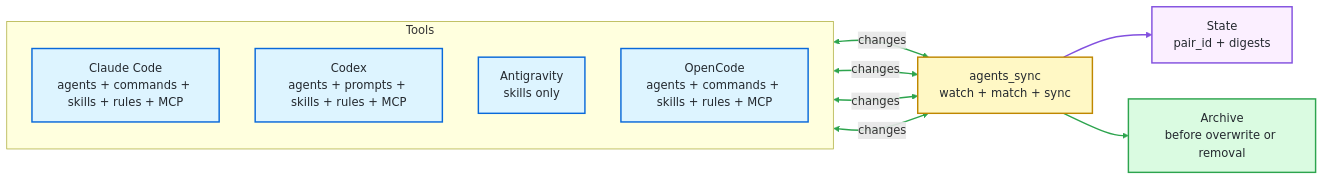
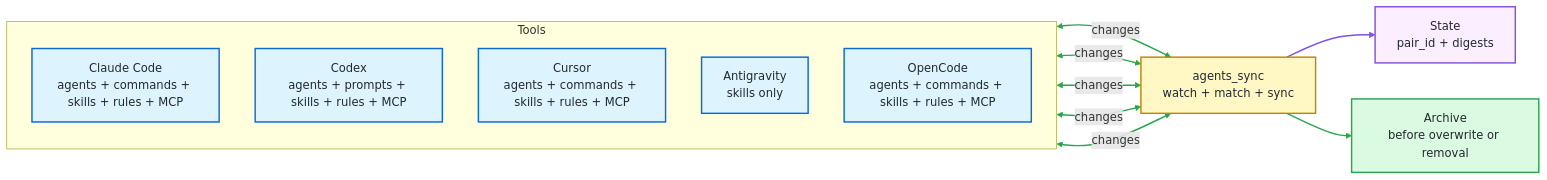
Before and after one commit to cognitivesand/agents_sync: the diagram in README.md, drawn with Mermaid. The commit also changed other lines of this file and 22 other files, not shown here.

Commit message:
feat(cursor): add user-level file surface sync

````diff
--- a/README.md
+++ b/README.md
@@ -67,35 +67,37 @@
 ```mermaid
 flowchart LR
     subgraph Tools["Tools"]
         direction TB
         Claude["Claude Code<br/>agents + commands + skills + rules + MCP"]
         Codex["Codex<br/>agents + prompts + skills + rules + MCP"]
+        Cursor["Cursor<br/>agents + commands + skills + rules + MCP"]
         Antigravity["Antigravity<br/>skills only"]
         Opencode["OpenCode<br/>agents + commands + skills + rules + MCP"]
     end
 
     Sync["agents_sync<br/>watch + match + sync"]
     State["State<br/>pair_id + digests"]
     Archive["Archive<br/>before overwrite or removal"]
 
     Claude <-->|changes| Sync
     Codex <-->|changes| Sync
+    Cursor <-->|changes| Sync
     Antigravity <-->|changes| Sync
     Opencode <-->|changes| Sync
     Sync --> State
     Sync --> Archive
 
     classDef side fill:#ddf4ff,stroke:#0969da,stroke-width:2px,color:#24292f
     classDef sync fill:#fff8c5,stroke:#bf8700,stroke-width:2px,color:#24292f
     classDef state fill:#fbefff,stroke:#8250df,stroke-width:2px,color:#24292f
     classDef archive fill:#dafbe1,stroke:#2da44e,stroke-width:2px,color:#24292f
 
-    class Claude,Codex,Antigravity,Opencode side
+    class Claude,Codex,Cursor,Antigravity,Opencode side
     class Sync sync
     class State state
     class Archive archive
 
-    linkStyle 0,1,2,3 stroke:#2da44e,stroke-width:2px
-    linkStyle 4 stroke:#8250df,stroke-width:2px
-    linkStyle 5 stroke:#2da44e,stroke-width:2px
+    linkStyle 0,1,2,3,4 stroke:#2da44e,stroke-width:2px
+    linkStyle 5 stroke:#8250df,stroke-width:2px
+    linkStyle 6 stroke:#2da44e,stroke-width:2px
 ```
````
